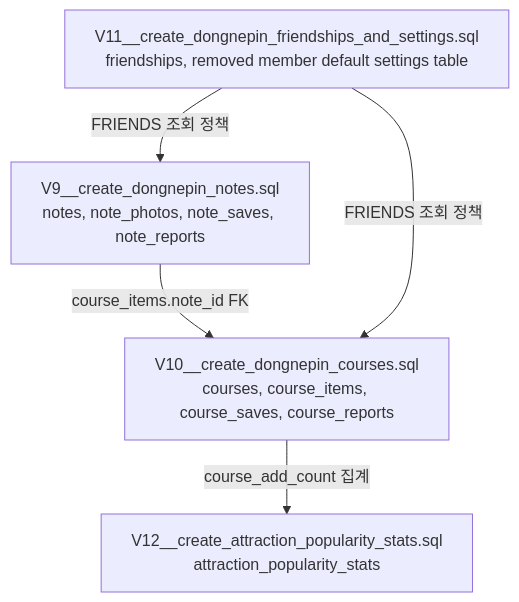
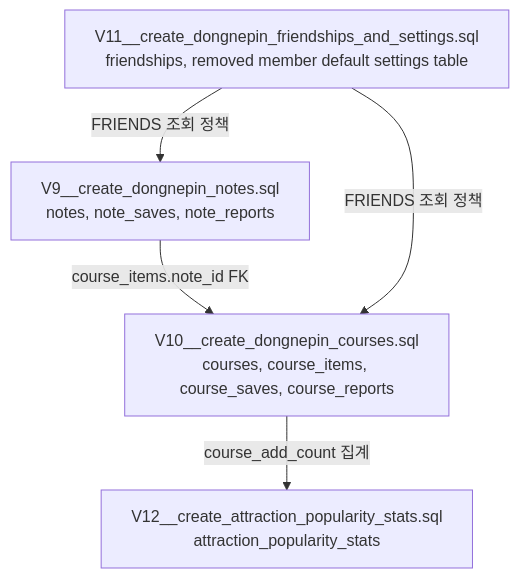
Before and after one commit to Local-Enjoy-Trip/local-enjoy-trip-backend: the sixth of 6 diagrams in docs/project/dongnepin-db-design.md, drawn with Mermaid. The commit also changed other lines of this file and 1 other file, not shown here.

Commit message:
refactor: drop legacy note_photos table and clean up DB design doc

````diff
--- a/docs/project/dongnepin-db-design.md
+++ b/docs/project/dongnepin-db-design.md
@@ -328,12 +319,12 @@
 ```mermaid
 flowchart TD
-    v9["V9__create_dongnepin_notes.sql<br/>notes, note_photos, note_saves, note_reports"]
+    v9["V9__create_dongnepin_notes.sql<br/>notes, note_saves, note_reports"]
     v10["V10__create_dongnepin_courses.sql<br/>courses, course_items, course_saves, course_reports"]
     v11["V11__create_dongnepin_friendships_and_settings.sql<br/>friendships, removed member default settings table"]
     v12["V12__create_attraction_popularity_stats.sql<br/>attraction_popularity_stats"]
 
     v9 -->|"course_items.note_id FK"| v10
     v11 -->|"FRIENDS 조회 정책"| v9
     v11 -->|"FRIENDS 조회 정책"| v10
     v10 -->|"course_add_count 집계"| v12
 ```
````
